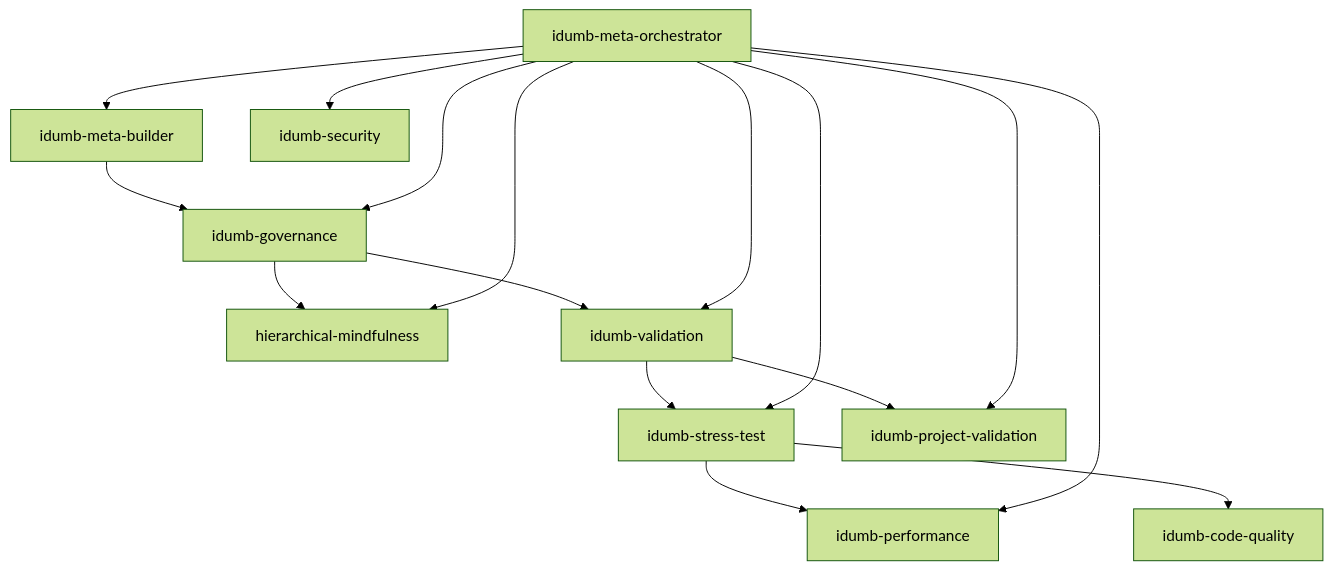
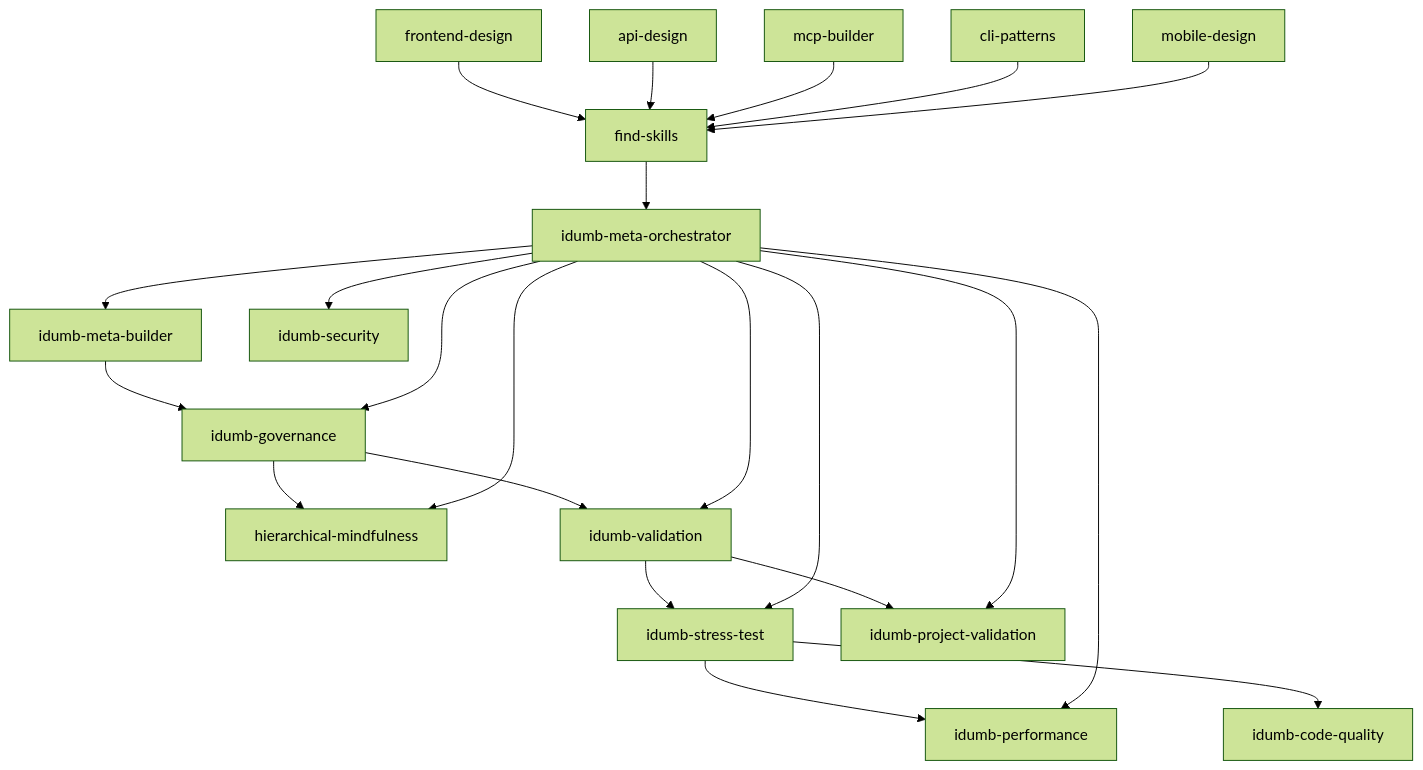
One commit to shynlee04/idumb-plugin changed diagram 12 of 12 in .qoder/repowiki/en/content/Skill System/Skill Architecture Overview.md. Above: the diagram before and after it, drawn with Mermaid (forest theme). The commit also changed other lines of this file and 19 other files, not shown here.

````diff
--- a/.qoder/repowiki/en/content/Skill System/Skill Architecture Overview.md
+++ b/.qoder/repowiki/en/content/Skill System/Skill Architecture Overview.md
@@ -348,18 +479,24 @@
 ```mermaid
 graph TB
 Governance["idumb-governance"] --> Mindfulness["hierarchical-mindfulness"]
 Governance --> Validation["idumb-validation"]
 Validation --> Stress["idumb-stress-test"]
 Stress --> Performance["idumb-performance"]
 Stress --> CodeQuality["idumb-code-quality"]
 Validation --> ProjectValidation["idumb-project-validation"]
 MetaBuilder["idumb-meta-builder"] --> Governance
 Orchestrator["idumb-meta-orchestrator"] --> Security["idumb-security"]
 Orchestrator --> Validation
 Orchestrator --> Performance
 Orchestrator --> Governance
 Orchestrator --> Mindfulness
 Orchestrator --> ProjectValidation
 Orchestrator --> Stress
 Orchestrator --> MetaBuilder
+Frontend["frontend-design"] --> FindSkills["find-skills"]
+ApiDesign["api-design"] --> FindSkills
+McpBuilder["mcp-builder"] --> FindSkills
+CliPatterns["cli-patterns"] --> FindSkills
+MobileDesign["mobile-design"] --> FindSkills
+FindSkills --> Orchestrator
 ```
````
